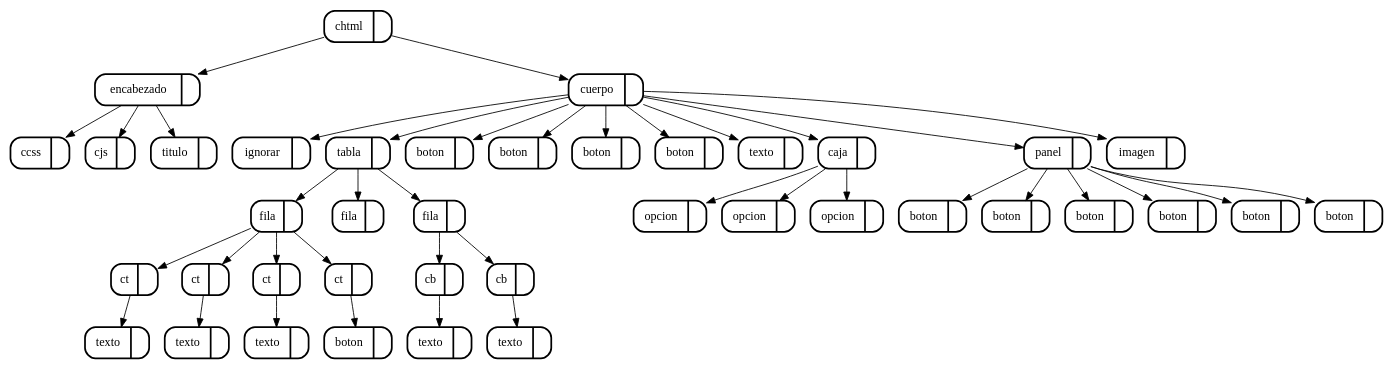
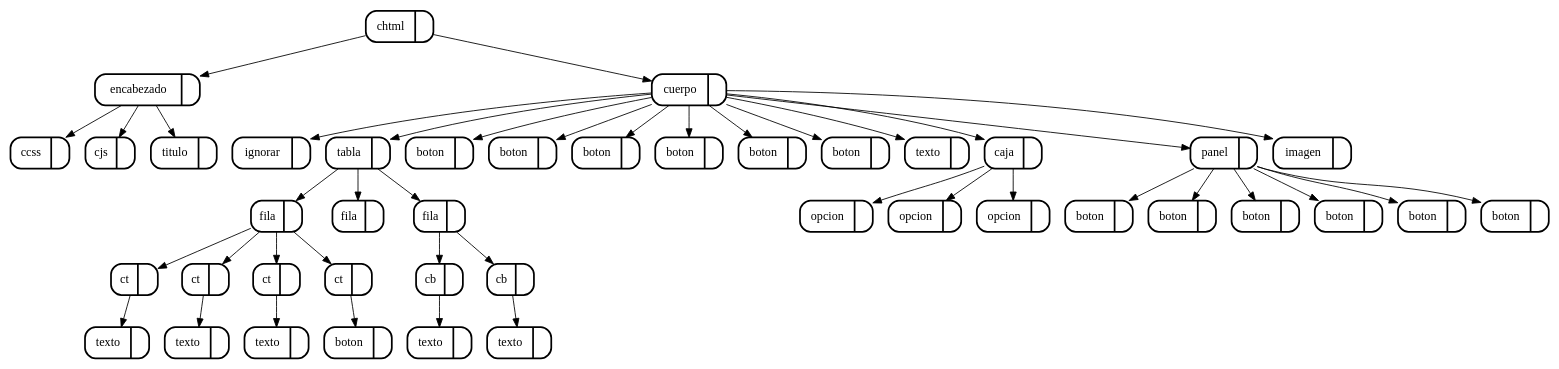
The diagram in USAC_WEB/Imagenes/arbol_dom.dot (skrillfer/1s2018_CMP2P1), drawn with Graphviz before and after one commit. The commit also changed 13 other files, not shown here.

```diff
--- a/USAC_WEB/Imagenes/arbol_dom.dot
+++ b/USAC_WEB/Imagenes/arbol_dom.dot
@@ -1,83 +1,87 @@
 digraph G {
 node[shape=Mrecord]
-111[label="chtml | ",style=bold]
-110[label="encabezado | ",style=bold]
-{111}->{110}
+121[label="chtml | ",style=bold]
+120[label="encabezado | ",style=bold]
+{121}->{120}
 3[label="ccss | ",style=bold]
-{110}->{3}
+{120}->{3}
 7[label="cjs | ",style=bold]
-{110}->{7}
+{120}->{7}
 9[label="titulo | ",style=bold]
-{110}->{9}
-108[label="cuerpo | ",style=bold]
-{111}->{108}
+{120}->{9}
+118[label="cuerpo | ",style=bold]
+{121}->{118}
 11[label="ignorar | ",style=bold]
-{108}->{11}
+{118}->{11}
 15[label="tabla | ",style=bold]
-{108}->{15}
+{118}->{15}
 34[label="fila | ",style=bold]
 {15}->{34}
 21[label="ct | ",style=bold]
 {34}->{21}
 20[label="texto | ",style=bold]
 {21}->{20}
 24[label="ct | ",style=bold]
 {34}->{24}
 23[label="texto | ",style=bold]
 {24}->{23}
 27[label="ct | ",style=bold]
 {34}->{27}
 26[label="texto | ",style=bold]
 {27}->{26}
 33[label="ct | ",style=bold]
 {34}->{33}
 32[label="boton | ",style=bold]
 {33}->{32}
 37[label="fila | ",style=bold]
 {15}->{37}
 46[label="fila | ",style=bold]
 {15}->{46}
 41[label="cb | ",style=bold]
 {46}->{41}
 40[label="texto | ",style=bold]
 {41}->{40}
 45[label="cb | ",style=bold]
 {46}->{45}
 44[label="texto | ",style=bold]
 {45}->{44}
 50[label="boton | ",style=bold]
-{108}->{50}
+{118}->{50}
 54[label="boton | ",style=bold]
-{108}->{54}
+{118}->{54}
 58[label="boton | ",style=bold]
-{108}->{58}
+{118}->{58}
 63[label="boton | ",style=bold]
-{108}->{63}
-67[label="texto | ",style=bold]
-{108}->{67}
-82[label="caja | ",style=bold]
-{108}->{82}
-74[label="opcion | ",style=bold]
-{82}->{74}
-78[label="opcion | ",style=bold]
-{82}->{78}
-81[label="opcion | ",style=bold]
-{82}->{81}
-101[label="panel | ",style=bold]
-{108}->{101}
-89[label="boton | ",style=bold]
-{101}->{89}
-92[label="boton | ",style=bold]
-{101}->{92}
-94[label="boton | ",style=bold]
-{101}->{94}
-96[label="boton | ",style=bold]
-{101}->{96}
-98[label="boton | ",style=bold]
-{101}->{98}
-100[label="boton | ",style=bold]
-{101}->{100}
-106[label="imagen | ",style=bold]
-{108}->{106}
+{118}->{63}
+68[label="boton | ",style=bold]
+{118}->{68}
+73[label="boton | ",style=bold]
+{118}->{73}
+77[label="texto | ",style=bold]
+{118}->{77}
+92[label="caja | ",style=bold]
+{118}->{92}
+84[label="opcion | ",style=bold]
+{92}->{84}
+88[label="opcion | ",style=bold]
+{92}->{88}
+91[label="opcion | ",style=bold]
+{92}->{91}
+111[label="panel | ",style=bold]
+{118}->{111}
+99[label="boton | ",style=bold]
+{111}->{99}
+102[label="boton | ",style=bold]
+{111}->{102}
+104[label="boton | ",style=bold]
+{111}->{104}
+106[label="boton | ",style=bold]
+{111}->{106}
+108[label="boton | ",style=bold]
+{111}->{108}
+110[label="boton | ",style=bold]
+{111}->{110}
+116[label="imagen | ",style=bold]
+{118}->{116}
 
 }
```
